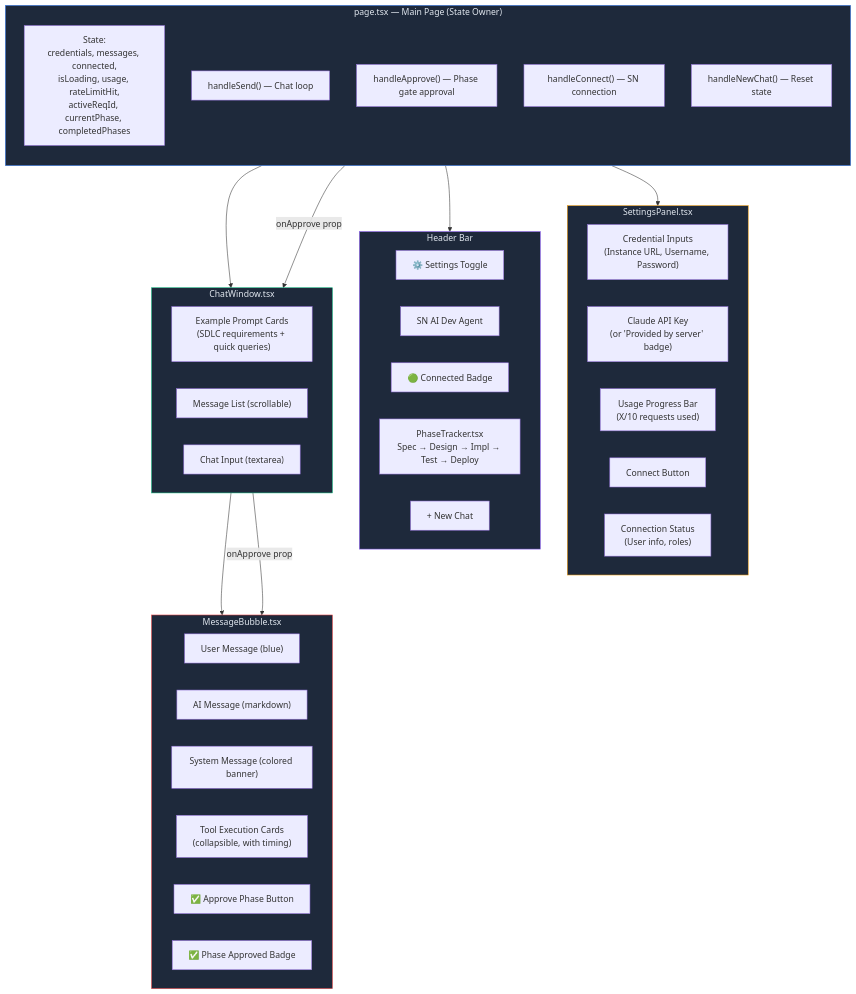
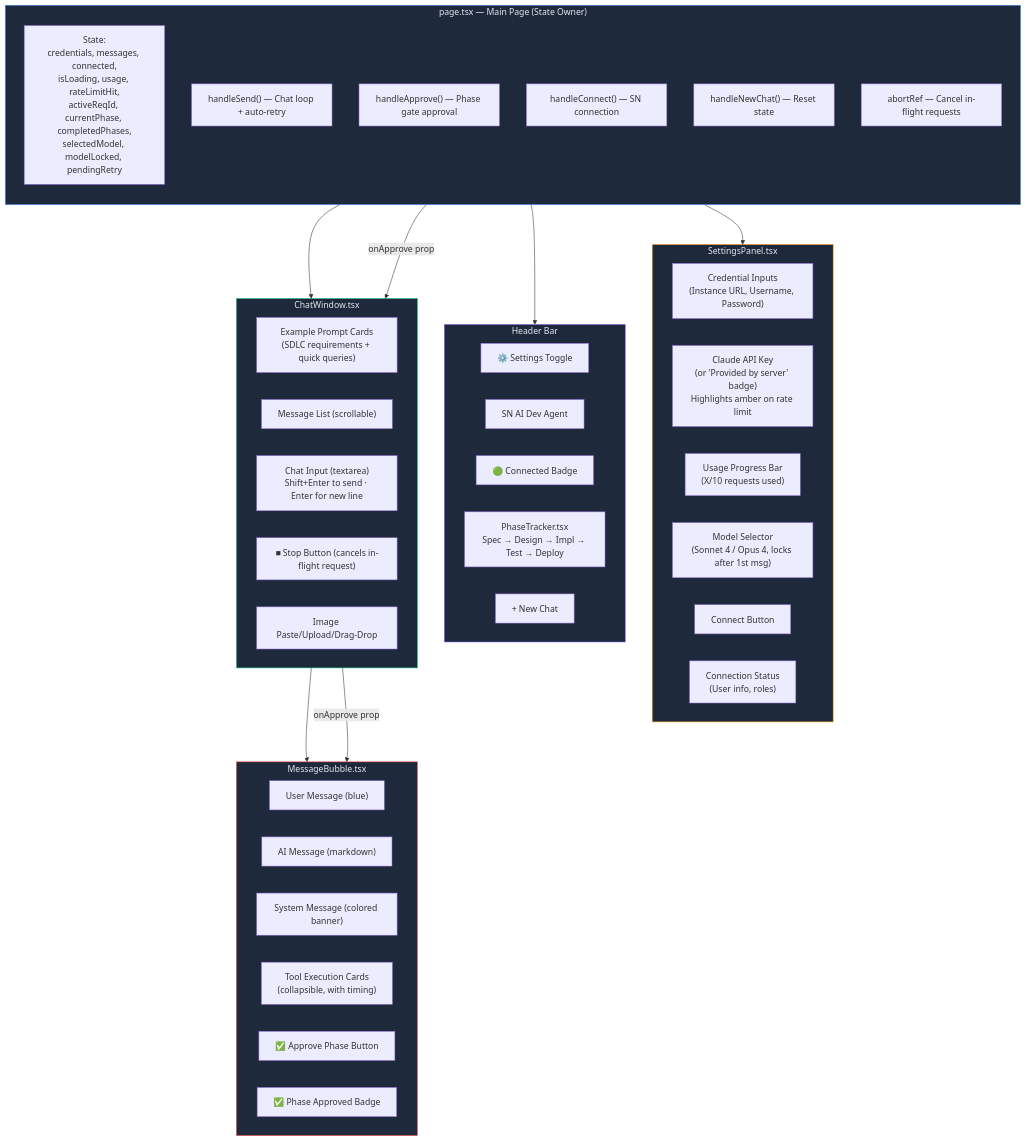
The second of 6 diagrams in docs/architecture.md (rtnsht/SN-AI-Dev-Agent), drawn with Mermaid before and after one commit. The commit also changed other lines of this file and 16 other files, not shown here.

````diff
--- a/docs/architecture.md
+++ b/docs/architecture.md
@@ -65,55 +65,59 @@
 ```mermaid
 graph TB
     subgraph PAGE["page.tsx — Main Page (State Owner)"]
         direction TB
-        STATE["State:<br/>credentials, messages, connected,<br/>isLoading, usage, rateLimitHit,<br/>activeReqId, currentPhase, completedPhases"]
-        SEND["handleSend() — Chat loop"]
+        STATE["State:<br/>credentials, messages, connected,<br/>isLoading, usage, rateLimitHit,<br/>activeReqId, currentPhase, completedPhases,<br/>selectedModel, modelLocked, pendingRetry"]
+        SEND["handleSend() — Chat loop + auto-retry"]
         APPROVE["handleApprove() — Phase gate approval"]
         CONNECT["handleConnect() — SN connection"]
         NEWCHAT["handleNewChat() — Reset state"]
+        ABORT["abortRef — Cancel in-flight requests"]
     end
 
     subgraph SIDEBAR["SettingsPanel.tsx"]
         CREDS["Credential Inputs<br/>(Instance URL, Username, Password)"]
-        APIKEY["Claude API Key<br/>(or 'Provided by server' badge)"]
+        APIKEY["Claude API Key<br/>(or 'Provided by server' badge)<br/>Highlights amber on rate limit"]
         USAGE["Usage Progress Bar<br/>(X/10 requests used)"]
+        MODEL["Model Selector<br/>(Sonnet 4 / Opus 4, locks after 1st msg)"]
         CONN_BTN["Connect Button"]
         CONN_STATUS["Connection Status<br/>(User info, roles)"]
     end
 
     subgraph HEADER["Header Bar"]
         TOGGLE["⚙️ Settings Toggle"]
         TITLE["SN AI Dev Agent"]
         CONN_BADGE["🟢 Connected Badge"]
         TRACKER["PhaseTracker.tsx<br/>Spec → Design → Impl → Test → Deploy"]
         NEW_BTN["+ New Chat"]
     end
 
     subgraph CHAT["ChatWindow.tsx"]
         EXAMPLES["Example Prompt Cards<br/>(SDLC requirements + quick queries)"]
         MSGLIST["Message List (scrollable)"]
-        INPUT["Chat Input (textarea)"]
+        INPUT["Chat Input (textarea)<br/>Shift+Enter to send · Enter for new line"]
+        CANCEL["■ Stop Button (cancels in-flight request)"]
+        IMAGES["Image Paste/Upload/Drag-Drop"]
     end
 
     subgraph MSG["MessageBubble.tsx"]
         USER_MSG["User Message (blue)"]
         AI_MSG["AI Message (markdown)"]
         SYS_MSG["System Message (colored banner)"]
         TOOL_CARD["Tool Execution Cards<br/>(collapsible, with timing)"]
         GATE_BTN["✅ Approve Phase Button"]
         APPROVED["✅ Phase Approved Badge"]
     end
 
     PAGE --> SIDEBAR
     PAGE --> HEADER
     PAGE --> CHAT
     CHAT --> MSG
     APPROVE -- "onApprove prop" --> CHAT
     CHAT -- "onApprove prop" --> MSG
 
     style PAGE fill:#1e293b,stroke:#3b82f6,color:#e2e8f0
     style SIDEBAR fill:#1e293b,stroke:#f59e0b,color:#e2e8f0
     style HEADER fill:#1e293b,stroke:#8b5cf6,color:#e2e8f0
     style CHAT fill:#1e293b,stroke:#10b981,color:#e2e8f0
     style MSG fill:#1e293b,stroke:#ef4444,color:#e2e8f0
 ```
````
